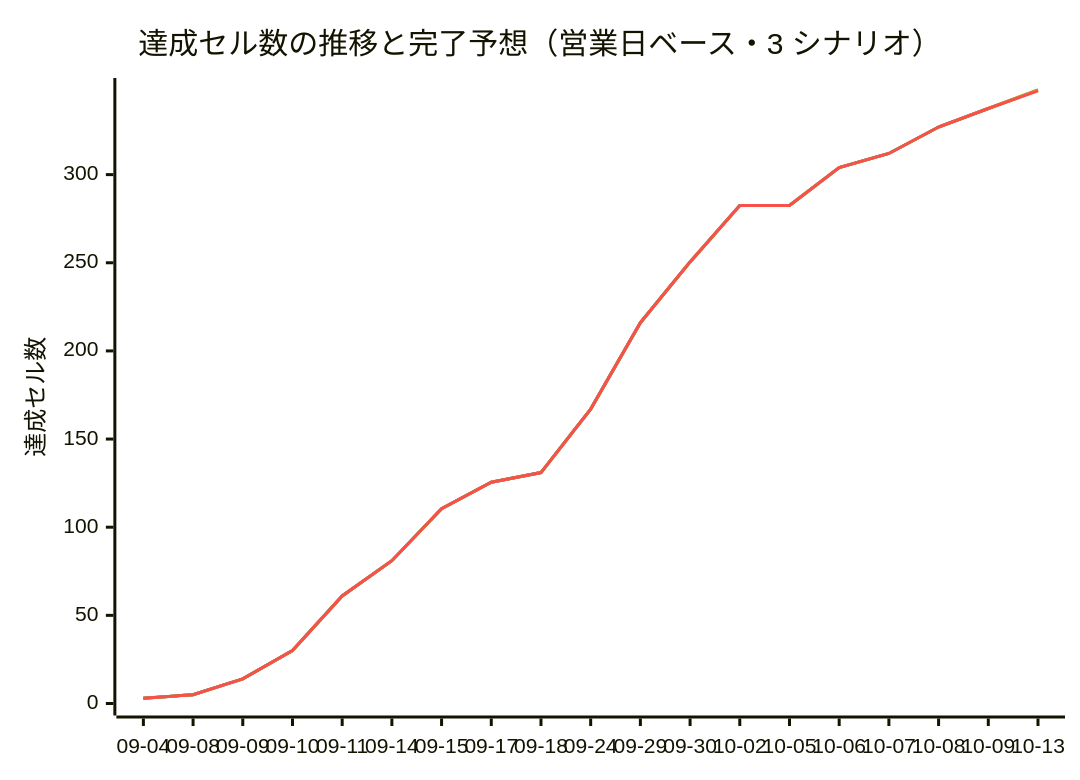
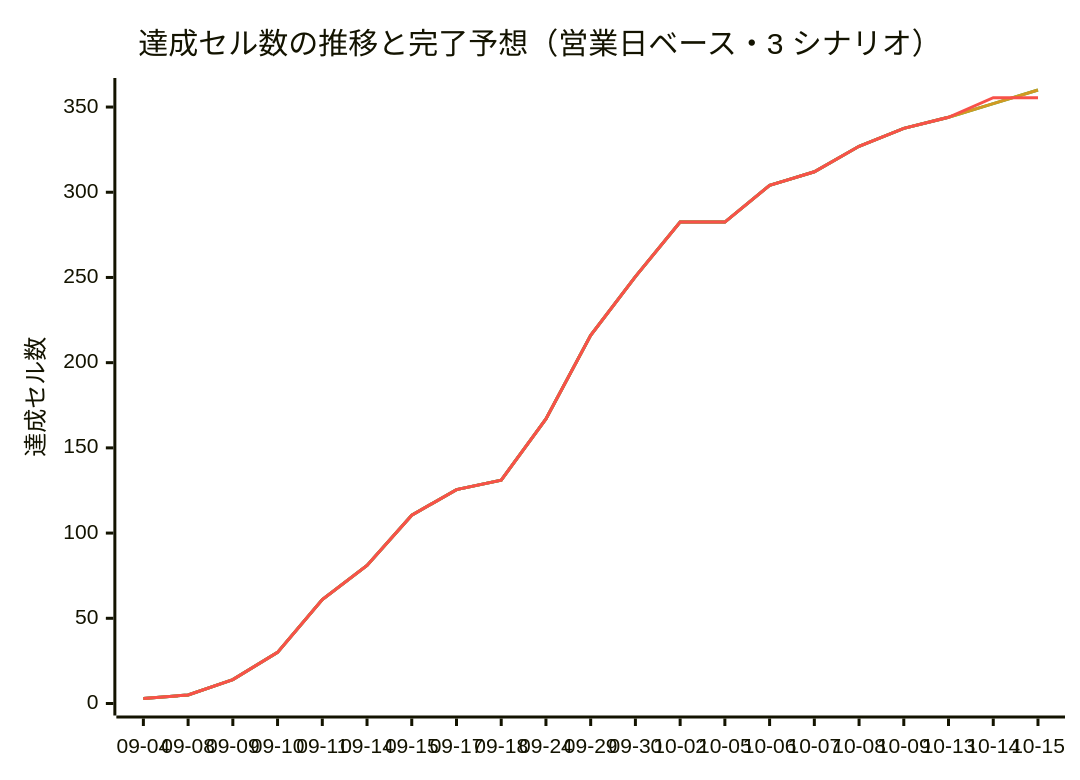
The diagram in docs/progress.md (yoshihisatanaka/Pre-Market_Trading_frontend), drawn with Mermaid before and after one commit. The commit also changed other lines of this file and 1 other file, not shown here.

````diff
--- a/docs/progress.md
+++ b/docs/progress.md
@@ -351,11 +365,11 @@
 ```mermaid
 %%{init: {"themeVariables": {"xyChart": {"plotColorPalette": "#2f6feb, #3fb950, #d29922, #f85149"}}}}%%
 xychart-beta
     title "達成セル数の推移と完了予想（営業日ベース・3 シナリオ）"
-    x-axis ["09-04", "09-08", "09-09", "09-10", "09-11", "09-14", "09-15", "09-17", "09-18", "09-24", "09-29", "09-30", "10-02", "10-05", "10-06", "10-07", "10-08", "10-09", "10-13"]
-    y-axis "達成セル数" 0 --> 348
-    line [3, 5, 14, 30, 61, 81, 110.5, 125.5, 131, 167, 216, 250.5, 282.5, 282.5, 304, 312, 327, 337.5]
-    line [3, 5, 14, 30, 61, 81, 110.5, 125.5, 131, 167, 216, 250.5, 282.5, 282.5, 304, 312, 327, 337.5, 348]
-    line [3, 5, 14, 30, 61, 81, 110.5, 125.5, 131, 167, 216, 250.5, 282.5, 282.5, 304, 312, 327, 337.5, 348]
-    line [3, 5, 14, 30, 61, 81, 110.5, 125.5, 131, 167, 216, 250.5, 282.5, 282.5, 304, 312, 327, 337.5, 347.5]
+    x-axis ["09-04", "09-08", "09-09", "09-10", "09-11", "09-14", "09-15", "09-17", "09-18", "09-24", "09-29", "09-30", "10-02", "10-05", "10-06", "10-07", "10-08", "10-09", "10-13", "10-14", "10-15"]
+    y-axis "達成セル数" 0 --> 360
+    line [3, 5, 14, 30, 61, 81, 110.5, 125.5, 131, 167, 216, 250.5, 282.5, 282.5, 304, 312, 327, 337.5, 344]
+    line [3, 5, 14, 30, 61, 81, 110.5, 125.5, 131, 167, 216, 250.5, 282.5, 282.5, 304, 312, 327, 337.5, 344, 352, 360]
+    line [3, 5, 14, 30, 61, 81, 110.5, 125.5, 131, 167, 216, 250.5, 282.5, 282.5, 304, 312, 327, 337.5, 344, 352, 360]
+    line [3, 5, 14, 30, 61, 81, 110.5, 125.5, 131, 167, 216, 250.5, 282.5, 282.5, 304, 312, 327, 337.5, 344, 355.5, 355.5]
 ```
````
